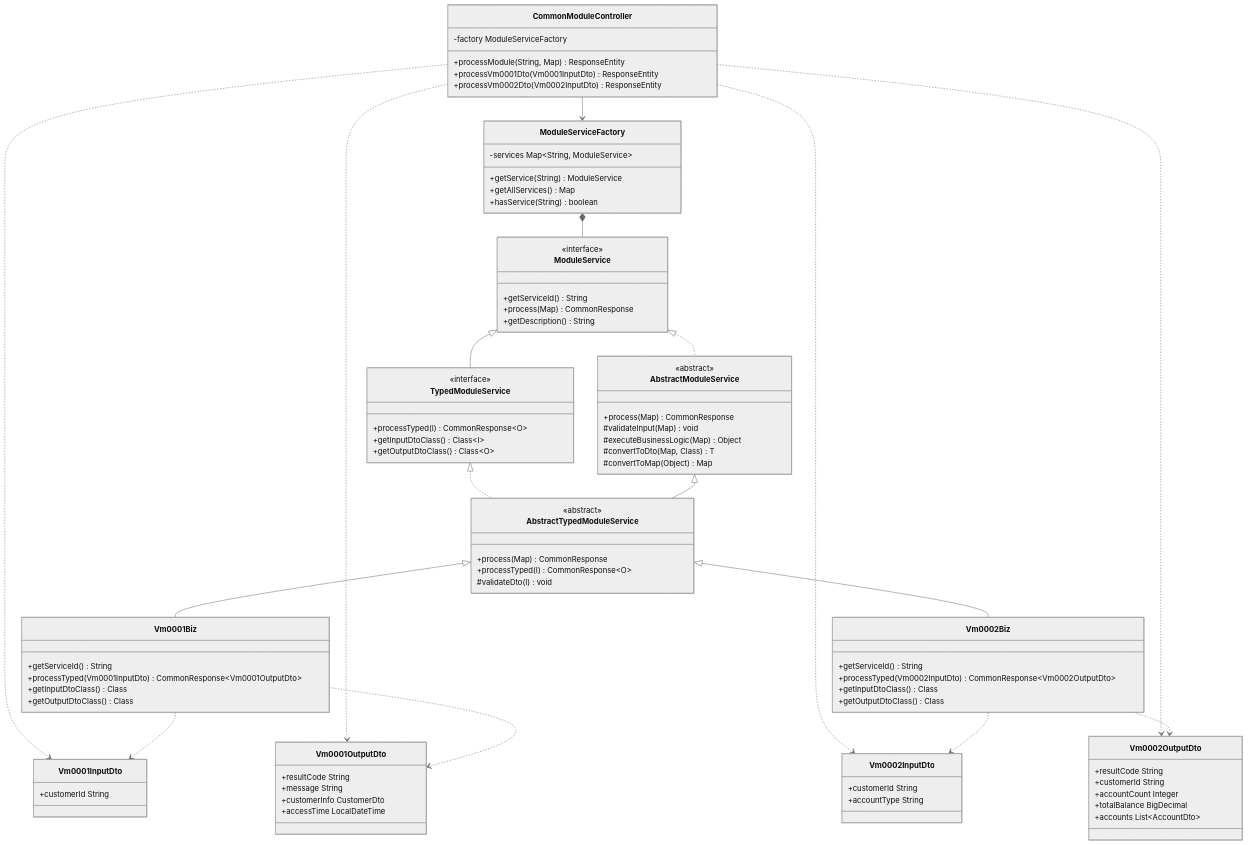
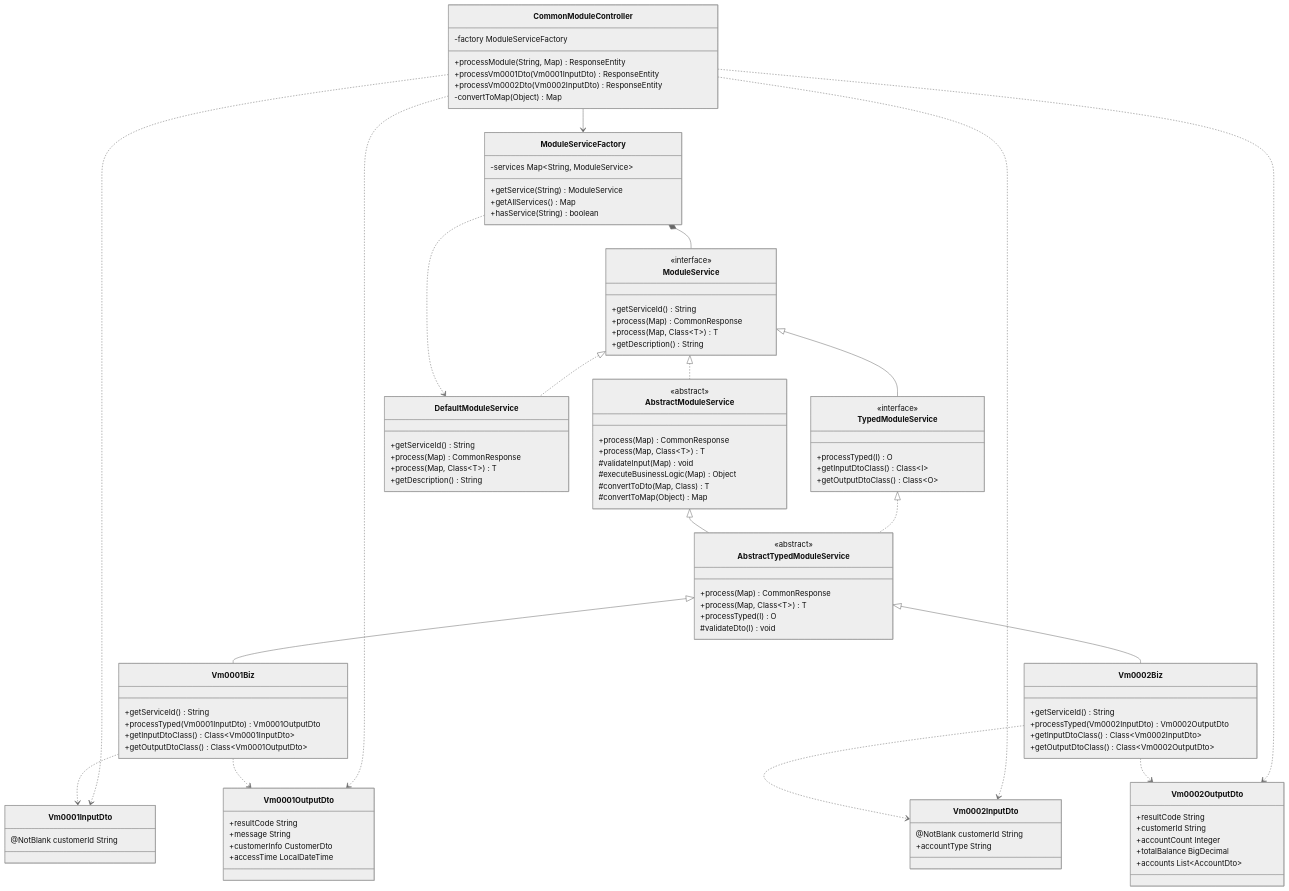
The first of 3 diagrams in README.md (kubelin/wm-common), drawn with Mermaid (neutral theme) before and after one commit. The commit also changed other lines of this file and 1 other file, not shown here.

First line of the commit message:
docs: Update README with comprehensive Generic Process Method documentation

```diff
--- a/README.md
+++ b/README.md
@@ -54,12 +54,13 @@
         <<interface>>
         +getServiceId() String
         +process(Map) CommonResponse
+        +process(Map, Class~T~) T
         +getDescription() String
     }
     
     class TypedModuleService {
         <<interface>>
-        +processTyped(I) CommonResponse~O~
+        +processTyped(I) O
         +getInputDtoClass() Class~I~
         +getOutputDtoClass() Class~O~
     }
@@ -67,6 +68,7 @@
     class AbstractModuleService {
         <<abstract>>
         +process(Map) CommonResponse
+        +process(Map, Class~T~) T
         #validateInput(Map) void
         #executeBusinessLogic(Map) Object
         #convertToDto(Map, Class) T
@@ -76,22 +78,23 @@
     class AbstractTypedModuleService {
         <<abstract>>
         +process(Map) CommonResponse
-        +processTyped(I) CommonResponse~O~
+        +process(Map, Class~T~) T
+        +processTyped(I) O
         #validateDto(I) void
     }
     
     class Vm0001Biz {
         +getServiceId() String
-        +processTyped(Vm0001InputDto) CommonResponse~Vm0001OutputDto~
-        +getInputDtoClass() Class
-        +getOutputDtoClass() Class
+        +processTyped(Vm0001InputDto) Vm0001OutputDto
+        +getInputDtoClass() Class~Vm0001InputDto~
+        +getOutputDtoClass() Class~Vm0001OutputDto~
     }
     
     class Vm0002Biz {
         +getServiceId() String
-        +processTyped(Vm0002InputDto) CommonResponse~Vm0002OutputDto~
-        +getInputDtoClass() Class
-        +getOutputDtoClass() Class
+        +processTyped(Vm0002InputDto) Vm0002OutputDto
+        +getInputDtoClass() Class~Vm0002InputDto~
+        +getOutputDtoClass() Class~Vm0002OutputDto~
     }
     
     class ModuleServiceFactory {
@@ -106,10 +109,18 @@
         +processModule(String, Map) ResponseEntity
         +processVm0001Dto(Vm0001InputDto) ResponseEntity
         +processVm0002Dto(Vm0002InputDto) ResponseEntity
+        -convertToMap(Object) Map
+    }
+    
+    class DefaultModuleService {
+        +getServiceId() String
+        +process(Map) CommonResponse
+        +process(Map, Class~T~) T
+        +getDescription() String
     }
     
     class Vm0001InputDto {
-        +customerId String
+        @NotBlank customerId String
     }
     
     class Vm0001OutputDto {
@@ -120,7 +131,7 @@
     }
     
     class Vm0002InputDto {
-        +customerId String
+        @NotBlank customerId String
         +accountType String
     }
     
@@ -134,12 +145,14 @@
     
     ModuleService <|-- TypedModuleService
     ModuleService <|.. AbstractModuleService
+    ModuleService <|.. DefaultModuleService
     TypedModuleService <|.. AbstractTypedModuleService
     AbstractModuleService <|-- AbstractTypedModuleService
     AbstractTypedModuleService <|-- Vm0001Biz
     AbstractTypedModuleService <|-- Vm0002Biz
     
     ModuleServiceFactory *-- ModuleService
+    ModuleServiceFactory ..> DefaultModuleService
     CommonModuleController --> ModuleServiceFactory
     CommonModuleController ..> Vm0001InputDto
     CommonModuleController ..> Vm0001OutputDto
```
